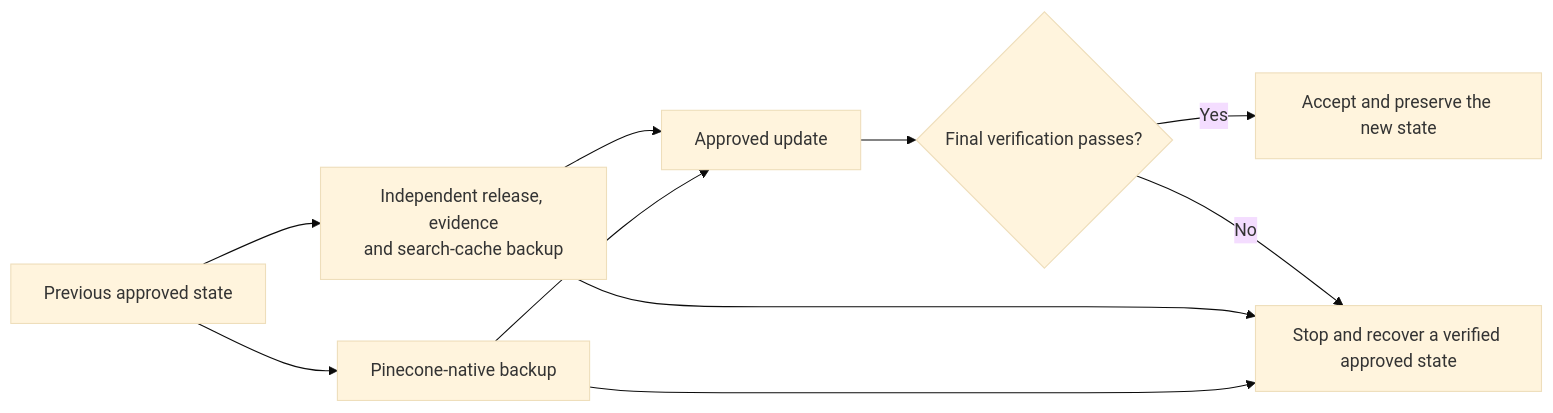
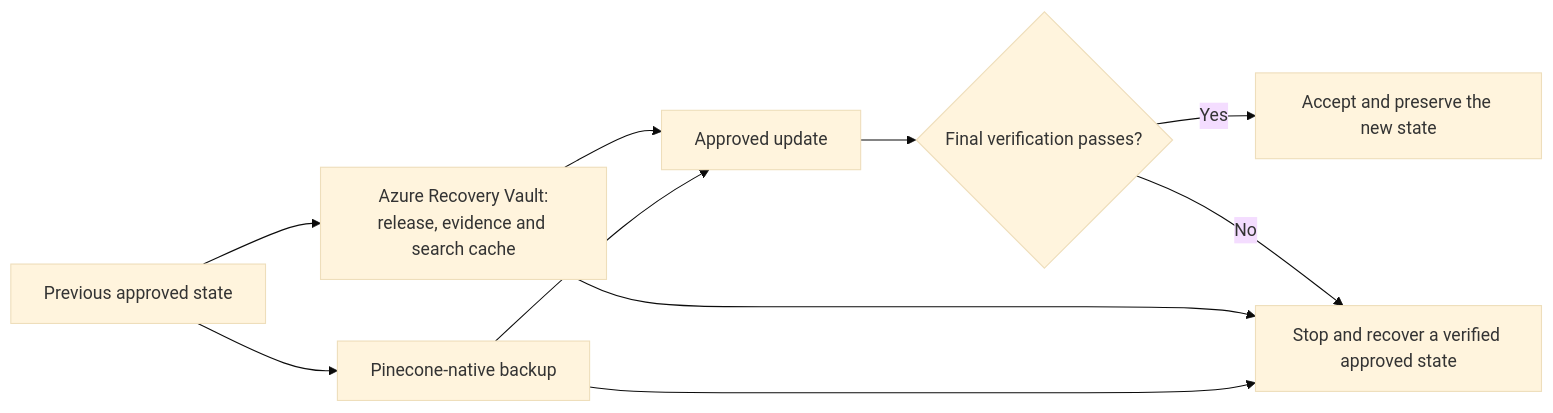
Diagram 25 of 25 in docs/design/INITIAL_OVERALL_PIPELINE_DESIGN.md (stevw-repo/AutonomousLCP), drawn with Mermaid (base theme) before and after one commit. The commit also changed other lines of this file and 166 other files, not shown here.

````diff
--- a/docs/design/INITIAL_OVERALL_PIPELINE_DESIGN.md
+++ b/docs/design/INITIAL_OVERALL_PIPELINE_DESIGN.md
@@ -5121,20 +5452,20 @@
 ```mermaid
 flowchart LR
     OLD["Previous approved state"]
-    IR["Independent release, evidence<br/>and search-cache backup"]
+    IR["Azure Recovery Vault:<br/>release, evidence and search cache"]
     PB["Pinecone-native backup"]
     UP["Approved update"]
     VE{"Final verification passes?"}
     NEW["Accept and preserve the new state"]
     REC["Stop and recover a verified approved state"]
 
     OLD --> IR
     OLD --> PB
     IR --> UP
     PB --> UP
     UP --> VE
     VE -->|"Yes"| NEW
     VE -->|"No"| REC
     IR --> REC
     PB --> REC
 ```
````
